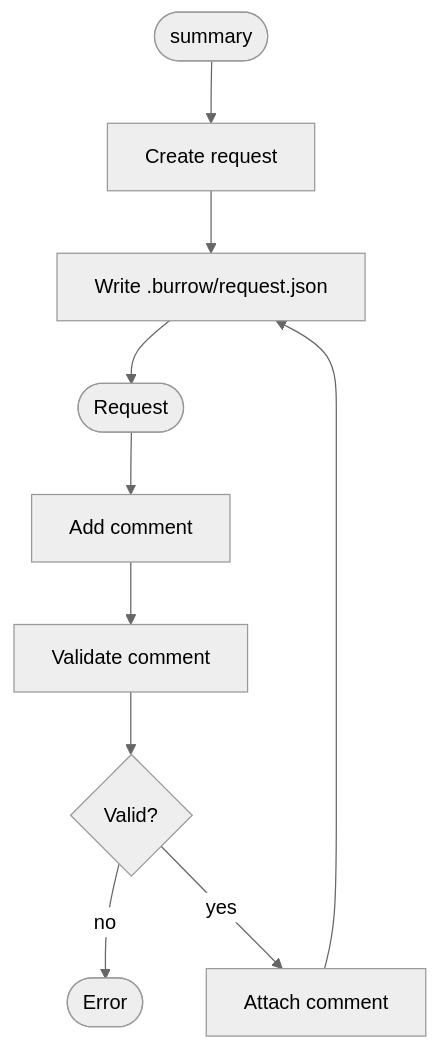
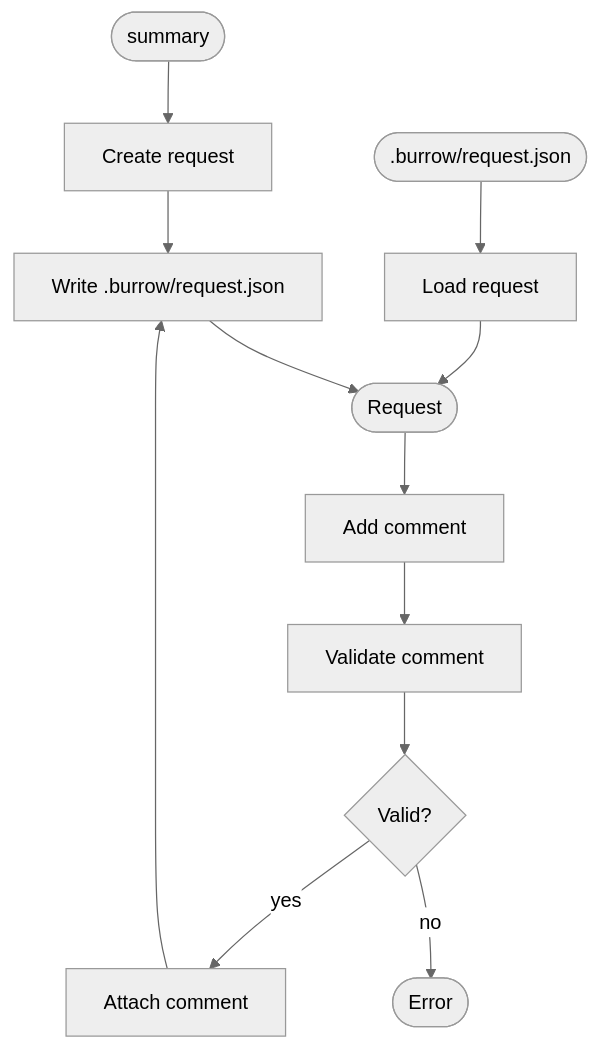
One commit to SamStudio8/burrow changed the second of 4 diagrams in REQUIREMENTS.md. Above: the diagram before and after it, drawn with Mermaid (neutral theme). The commit also changed other lines of this file and 2 other files, not shown here.

Commit message:
load-session

````diff
--- a/REQUIREMENTS.md
+++ b/REQUIREMENTS.md
@@ -56,13 +56,13 @@
 ```mermaid
 flowchart TD
-    summary([summary])
-    --> create_request[Create request]
-    --> write[Write .burrow/request.json]
-    --> request([Request])
-    --> add_comment[Add comment]
+    summary([summary]) --> create_request[Create request] --> write[Write .burrow/request.json]
+    session([.burrow/request.json]) --> load[Load request]
+    write --> request([Request])
+    load --> request
+    request --> add_comment[Add comment]
     --> validate[Validate comment]
     --> valid{Valid?}
     valid -- no --> error([Error])
     valid -- yes --> attach[Attach comment]
     attach --> write
 ```
````
